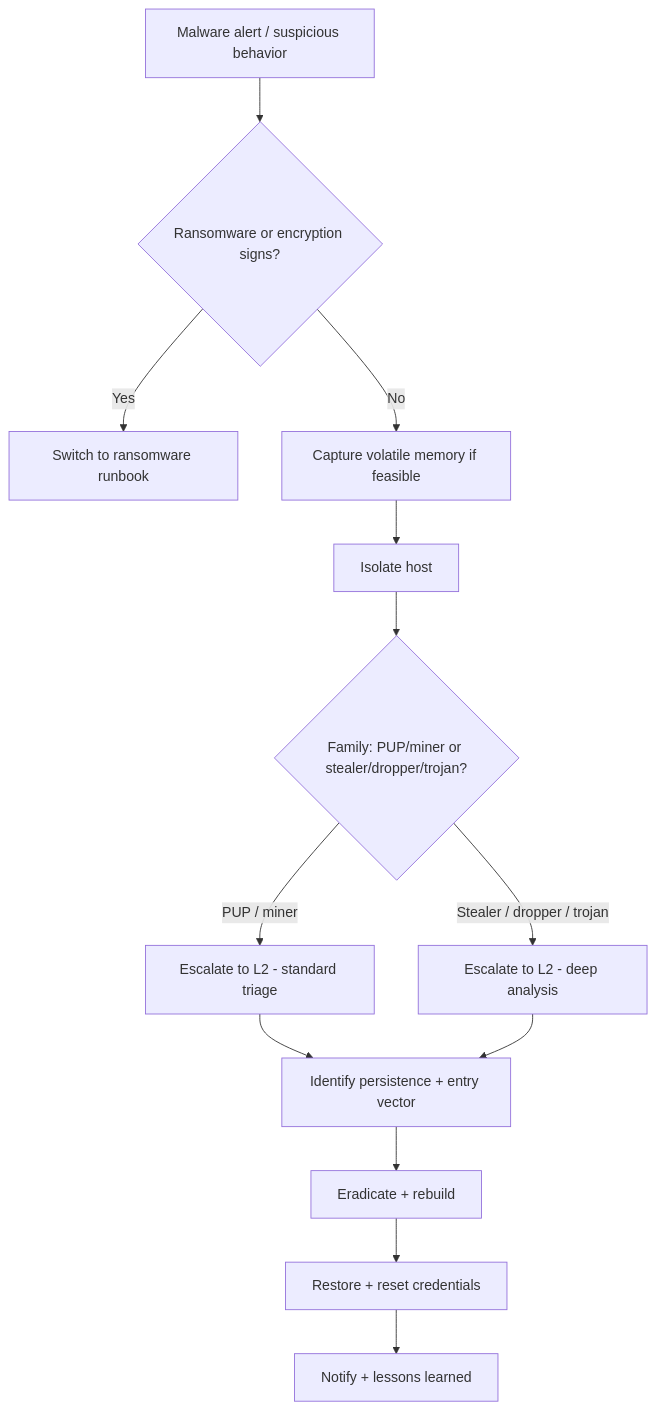
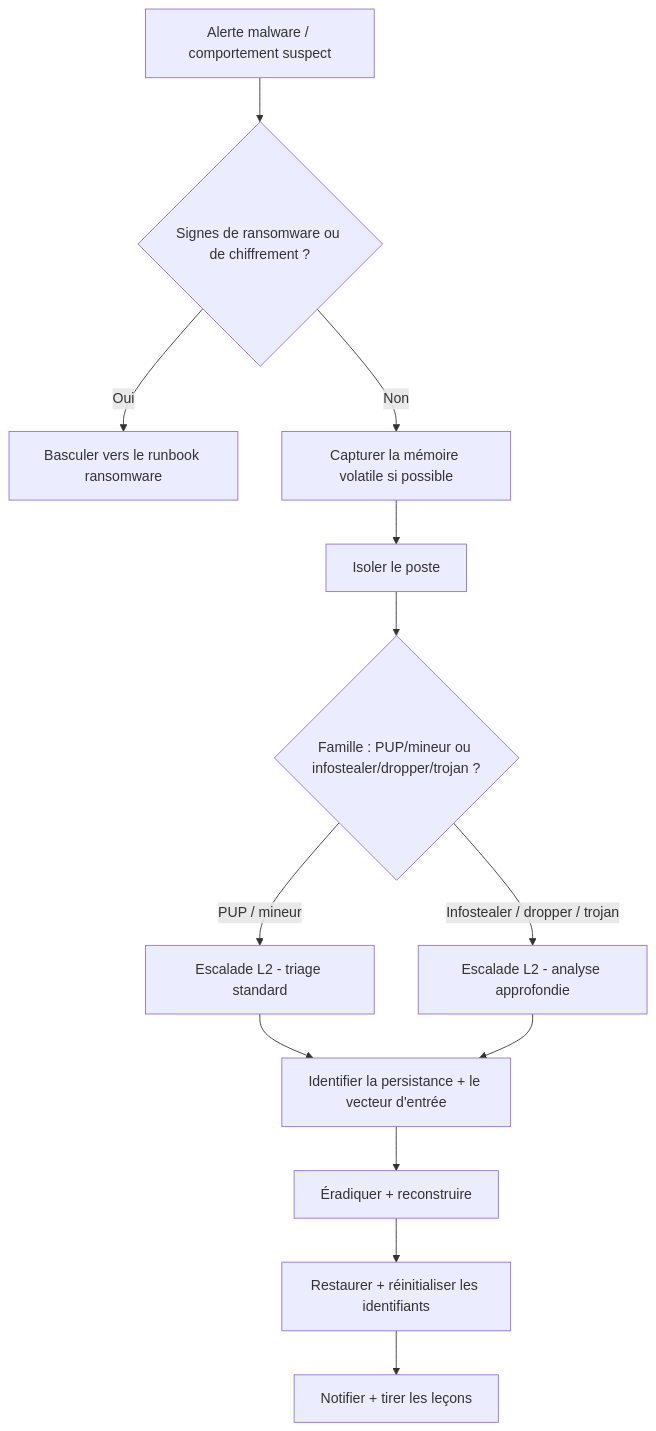
Before and after one commit to MiracleDvm/ir-firstline: the diagram in docs/fr/runbooks/malware-infection.md, drawn with Mermaid. The commit also changed 11 other files, not shown here.

Commit message:
Translate Mermaid decision tree labels into French on all FR runbooks

````diff
--- a/docs/fr/runbooks/malware-infection.md
+++ b/docs/fr/runbooks/malware-infection.md
@@ -29,15 +29,15 @@
 ```mermaid
 flowchart TD
-    A[Malware alert / suspicious behavior] --> B{Ransomware or encryption signs?}
-    B -->|Yes| Z[Switch to ransomware runbook]
-    B -->|No| C[Capture volatile memory if feasible]
-    C --> D[Isolate host]
-    D --> E{Family: PUP/miner or stealer/dropper/trojan?}
-    E -->|PUP / miner| F[Escalate to L2 - standard triage]
-    E -->|Stealer / dropper / trojan| G[Escalate to L2 - deep analysis]
-    F --> H[Identify persistence + entry vector]
+    A[Alerte malware / comportement suspect] --> B{Signes de ransomware ou de chiffrement ?}
+    B -->|Oui| Z[Basculer vers le runbook ransomware]
+    B -->|Non| C[Capturer la mémoire volatile si possible]
+    C --> D[Isoler le poste]
+    D --> E{Famille : PUP/mineur ou infostealer/dropper/trojan ?}
+    E -->|PUP / mineur| F[Escalade L2 - triage standard]
+    E -->|Infostealer / dropper / trojan| G[Escalade L2 - analyse approfondie]
+    F --> H[Identifier la persistance + le vecteur d'entrée]
     G --> H
-    H --> I[Eradicate + rebuild]
-    I --> J[Restore + reset credentials]
-    J --> K[Notify + lessons learned]
+    H --> I[Éradiquer + reconstruire]
+    I --> J[Restaurer + réinitialiser les identifiants]
+    J --> K[Notifier + tirer les leçons]
 ```
````
